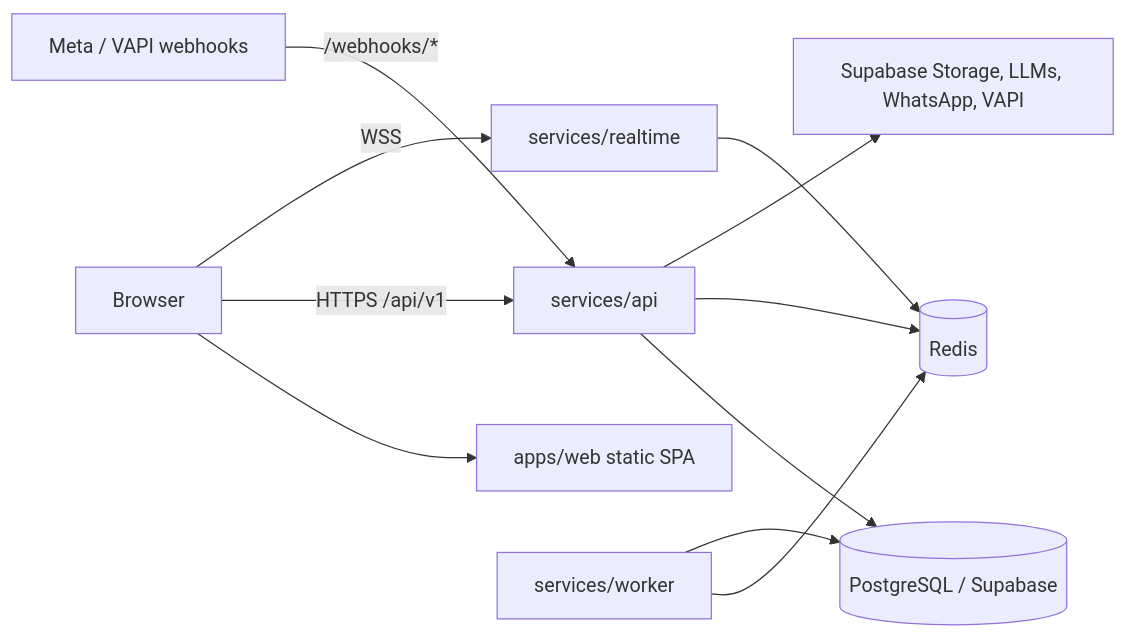
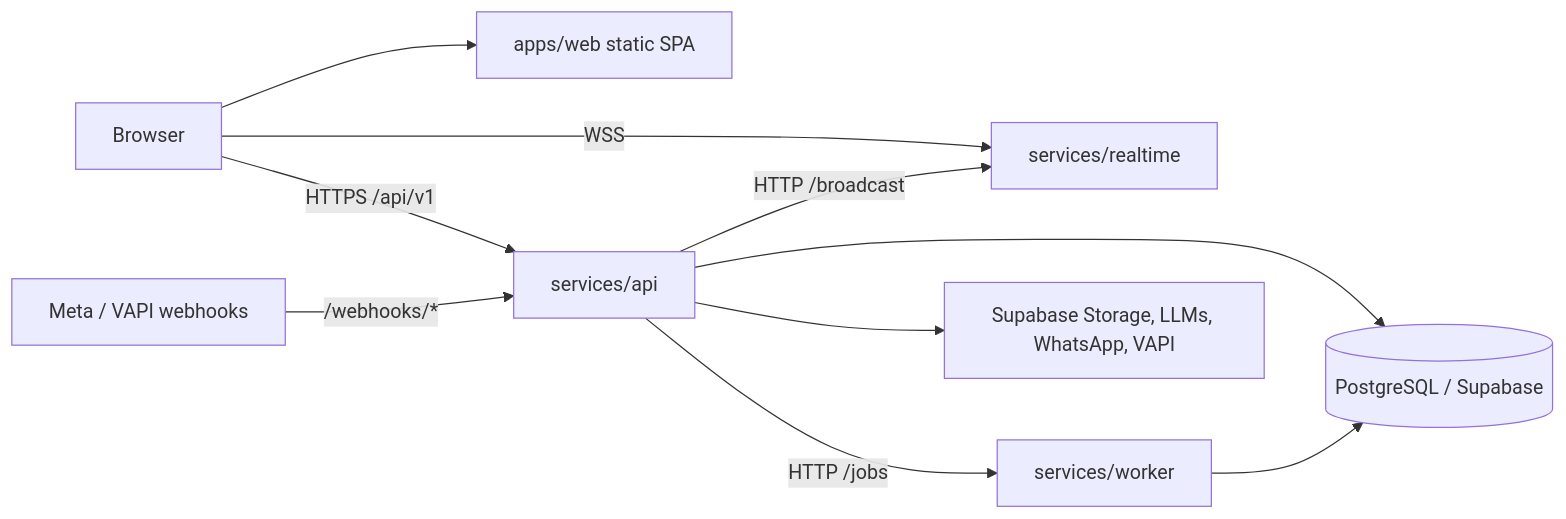
Before and after one commit to BitlanceAI/Ground_OS: the diagram in bitlance-ground-os/DEPLOYMENT.md, drawn with Mermaid. The commit also changed other lines of this file and 1 other file, not shown here.

Commit message:
Remove redis scripts from package.json and update DEPLOYMENT.md

````diff
--- a/bitlance-ground-os/DEPLOYMENT.md
+++ b/bitlance-ground-os/DEPLOYMENT.md
@@ -36,13 +35,12 @@
 ```mermaid
 flowchart LR
   Browser --> Web[apps/web static SPA]
   Browser -->|HTTPS /api/v1| API[services/api]
   Browser -->|WSS| RT[services/realtime]
   API --> PG[(PostgreSQL / Supabase)]
-  API --> Redis[(Redis)]
-  Worker[services/worker] --> Redis
+  API -->|HTTP /broadcast| RT
+  API -->|HTTP /jobs| Worker[services/worker]
   Worker --> PG
-  RT --> Redis
   API --> Ext[Supabase Storage, LLMs, WhatsApp, VAPI]
   Meta[Meta / VAPI webhooks] -->|/webhooks/*| API
 ```
````
